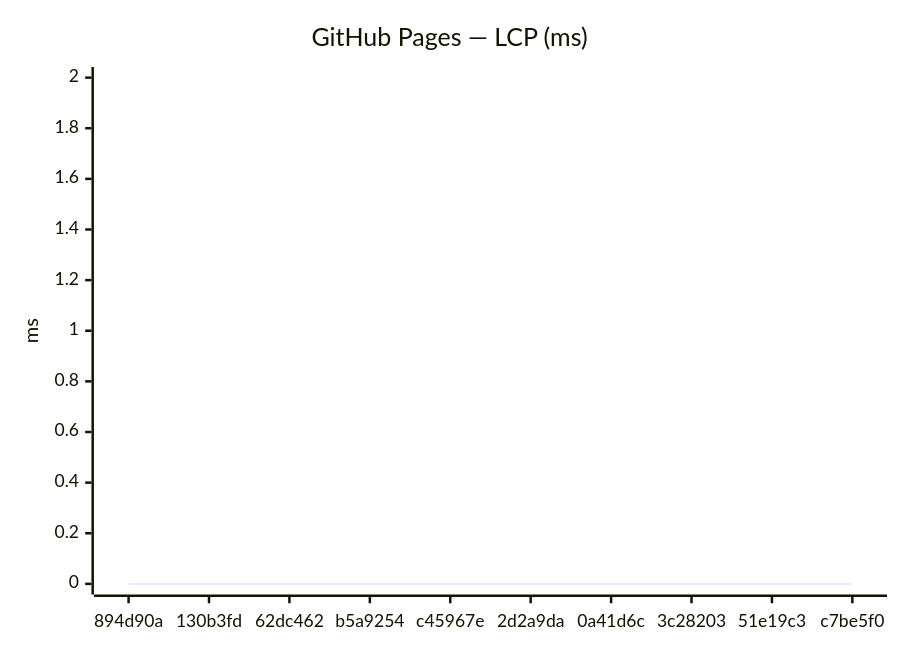
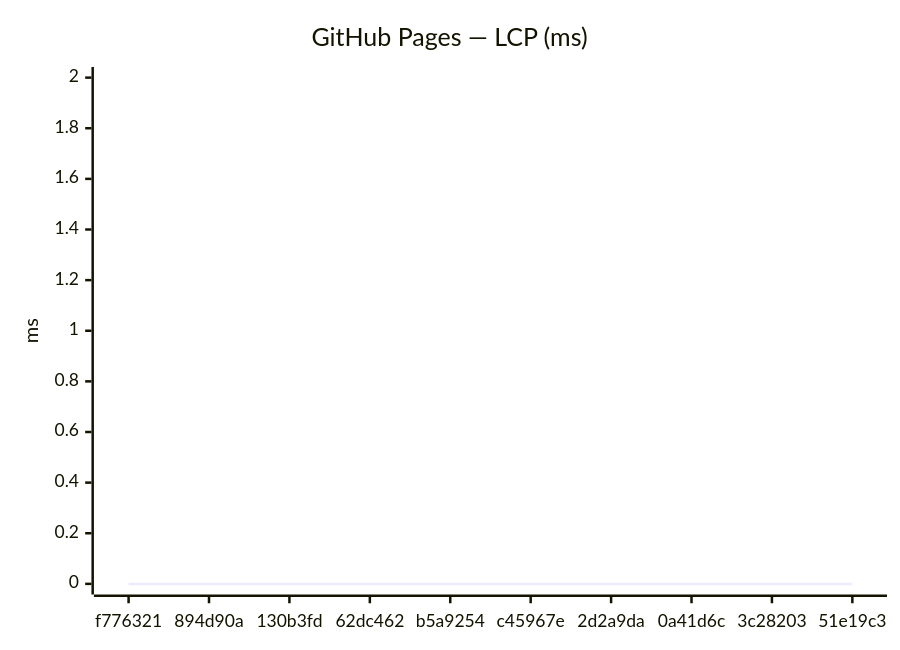
The third of 18 diagrams in benchmarks/compare.md (Metaheurist/Rianell), drawn with Mermaid before and after one commit. The commit also changed other lines of this file and 11 other files, not shown here.

````diff
--- a/benchmarks/compare.md
+++ b/benchmarks/compare.md
@@ -54,7 +54,7 @@
 ```mermaid
 xychart-beta
     title "GitHub Pages — LCP (ms)"
-    x-axis ["894d90a", "130b3fd", "62dc462", "b5a9254", "c45967e", "2d2a9da", "0a41d6c", "3c28203", "51e19c3", "c7be5f0"]
+    x-axis ["f776321", "894d90a", "130b3fd", "62dc462", "b5a9254", "c45967e", "2d2a9da", "0a41d6c", "3c28203", "51e19c3"]
     y-axis "ms" 0 --> 2
     line [0, 0, 0, 0, 0, 0, 0, 0, 0, 0]
 ```
````
